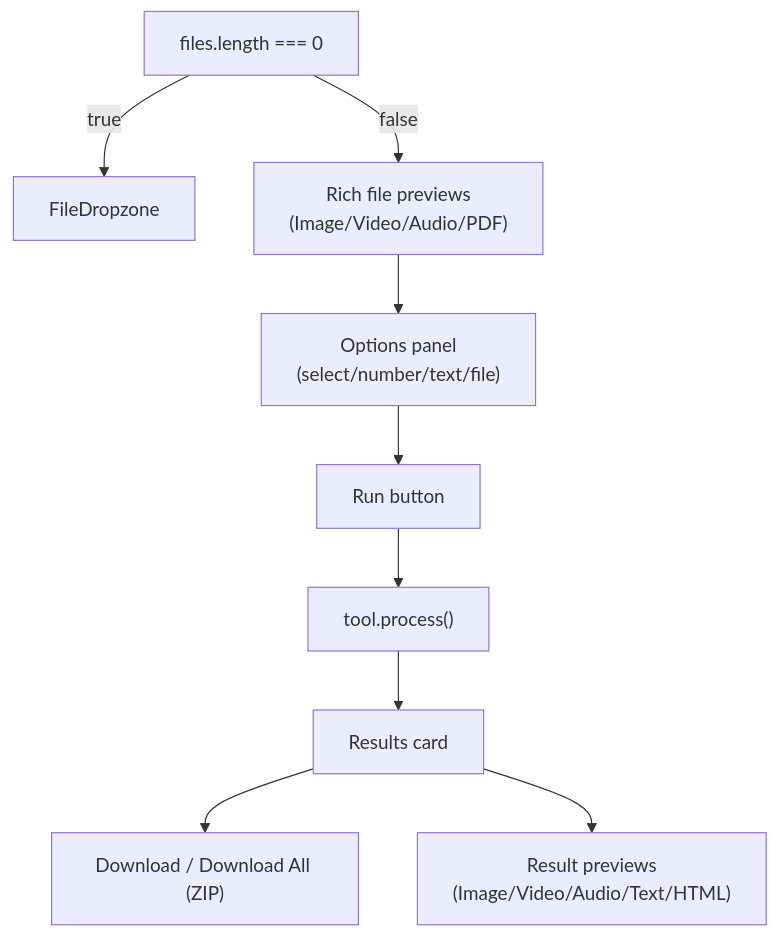
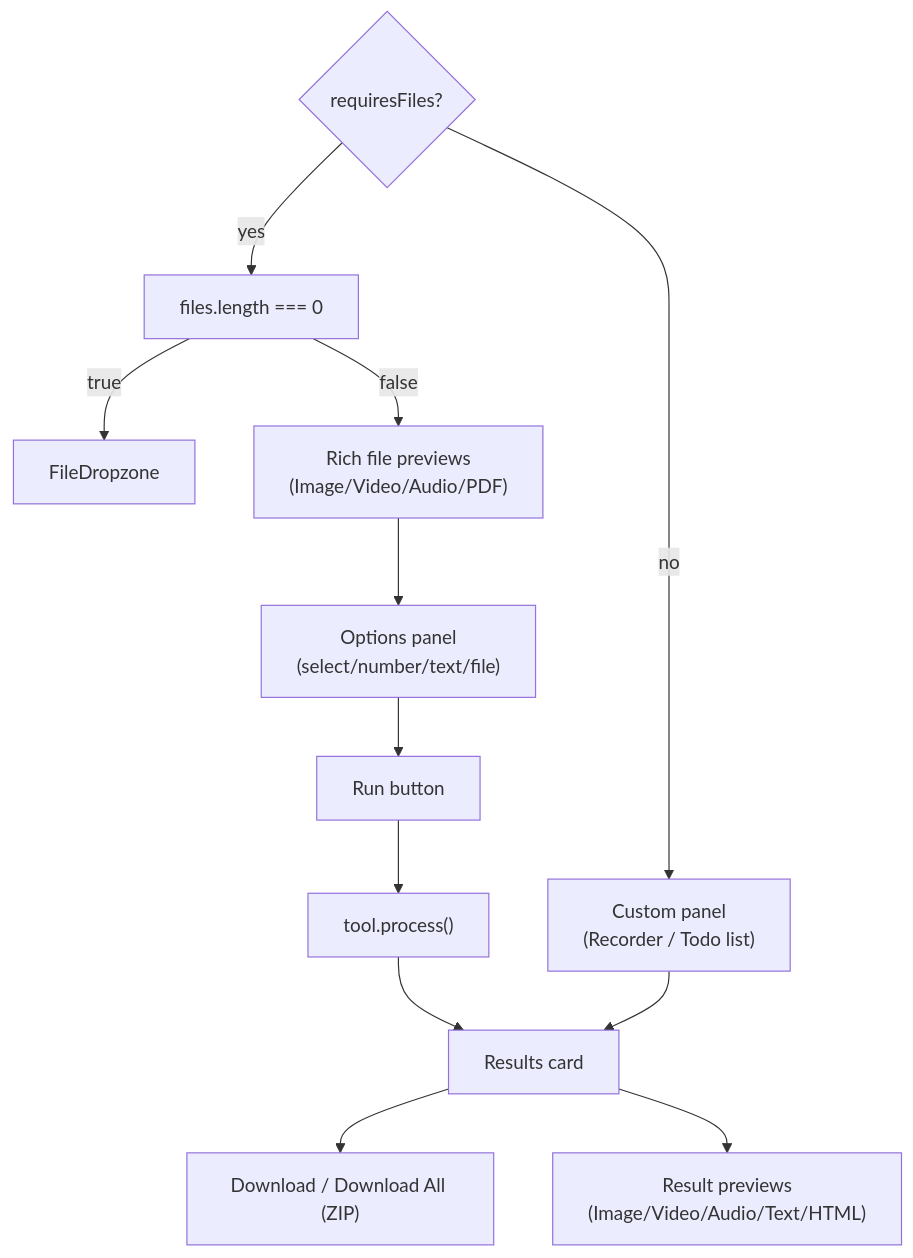
The eighth of 8 diagrams in README.md (imxade/kitsy), drawn with Mermaid before and after one commit. The commit also changed other lines of this file, not shown here.

First line of the commit message:
docs: update README with architecture details and development rules

````diff
--- a/README.md
+++ b/README.md
@@ -200,11 +242,14 @@
 ```mermaid
 flowchart TD
-    START["files.length === 0"] -->|true| DROP["FileDropzone"]
+    MODE{"requiresFiles?"} -->|yes| START["files.length === 0"]
+    MODE -->|no| CUSTOM["Custom panel<br/>(Recorder / Todo list)"]
+    START -->|true| DROP["FileDropzone"]
     START -->|false| PREV["Rich file previews<br/>(Image/Video/Audio/PDF)"]
     PREV --> OPTS["Options panel<br/>(select/number/text/file)"]
     OPTS --> RUN["Run button"]
     RUN --> PROC["tool.process()"]
     PROC --> RES["Results card"]
     RES --> DL["Download / Download All (ZIP)"]
     RES --> RPREV["Result previews<br/>(Image/Video/Audio/Text/HTML)"]
+    CUSTOM --> RES
 ```
````
